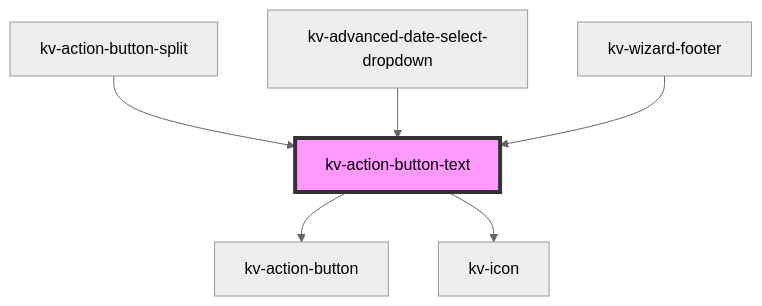
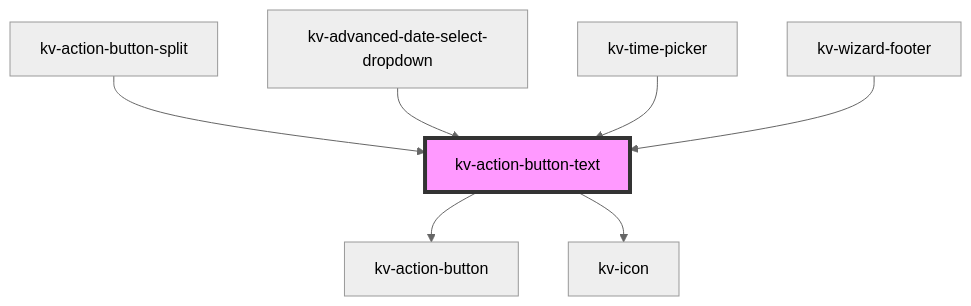
Before and after one commit to kelvininc/ui-components: the diagram in packages/ui-components/src/components/action-button-text/readme.md, drawn with Mermaid (neutral theme). The commit also changed other lines of this file and 46 other files, not shown here.

Commit message:
feat(time-range): add new time range picker component

````diff
--- a/packages/ui-components/src/components/action-button-text/readme.md
+++ b/packages/ui-components/src/components/action-button-text/readme.md
@@ -113,9 +114,10 @@
 ```mermaid
 graph TD;
   kv-action-button-text --> kv-action-button
   kv-action-button-text --> kv-icon
   kv-action-button-split --> kv-action-button-text
   kv-advanced-date-select-dropdown --> kv-action-button-text
+  kv-time-picker --> kv-action-button-text
   kv-wizard-footer --> kv-action-button-text
   style kv-action-button-text fill:#f9f,stroke:#333,stroke-width:4px
 ```
````
